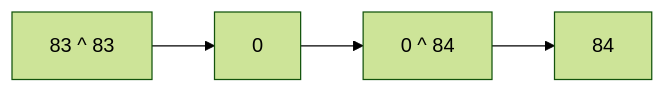
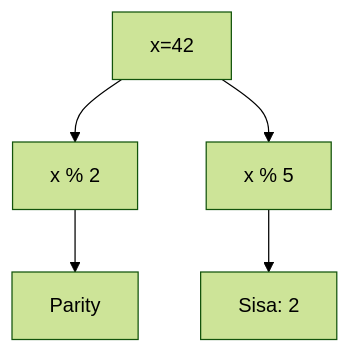
Before and after one commit to amnahwaida/OSNK_INF_PREP: the first of 25 diagrams in part-c-pemahaman-cpp/06-bitwise/latihan/set-09.md, drawn with Mermaid (forest theme). The commit also changed other lines of this file and 71 other files, not shown here.

````diff
--- a/part-c-pemahaman-cpp/06-bitwise/latihan/set-09.md
+++ b/part-c-pemahaman-cpp/06-bitwise/latihan/set-09.md
@@ -23,6 +23,7 @@
 ```mermaid
-graph LR
-    A["83 ^ 83"] --> B[0]
-    B --> C["0 ^ 84"]
-    C --> D["84"]
+graph TD
+A[x=42] --> B[x % 2]
+B --> C[Parity]
+A --> D[x % 5]
+D --> E[Sisa: 2]
 ```
````
